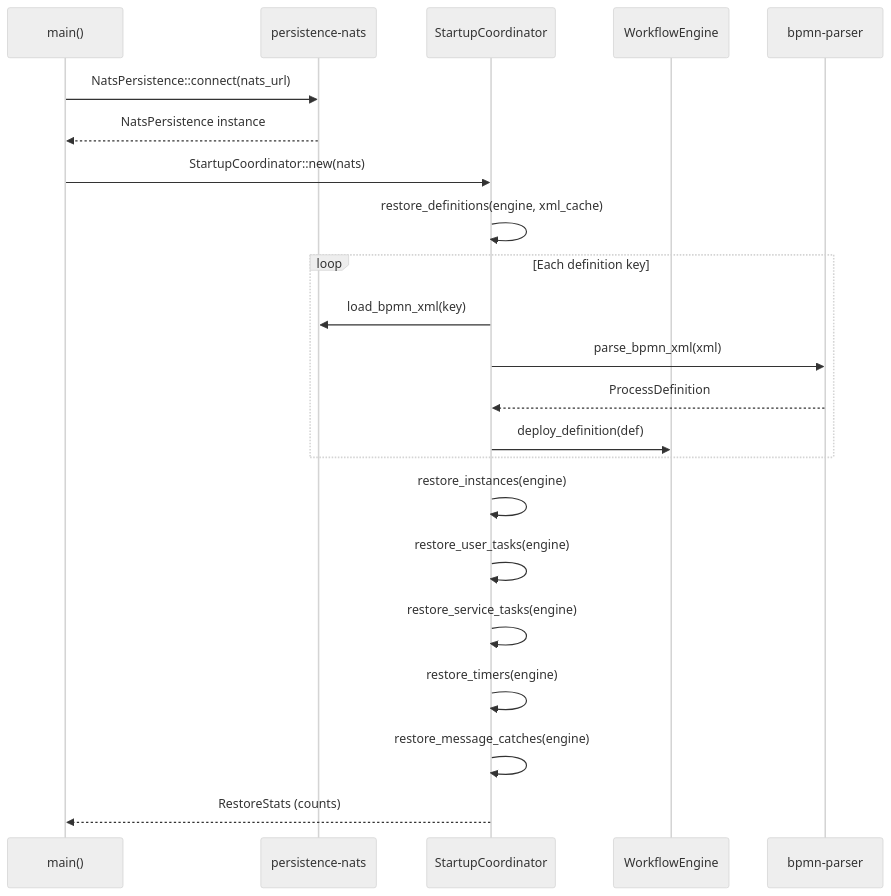
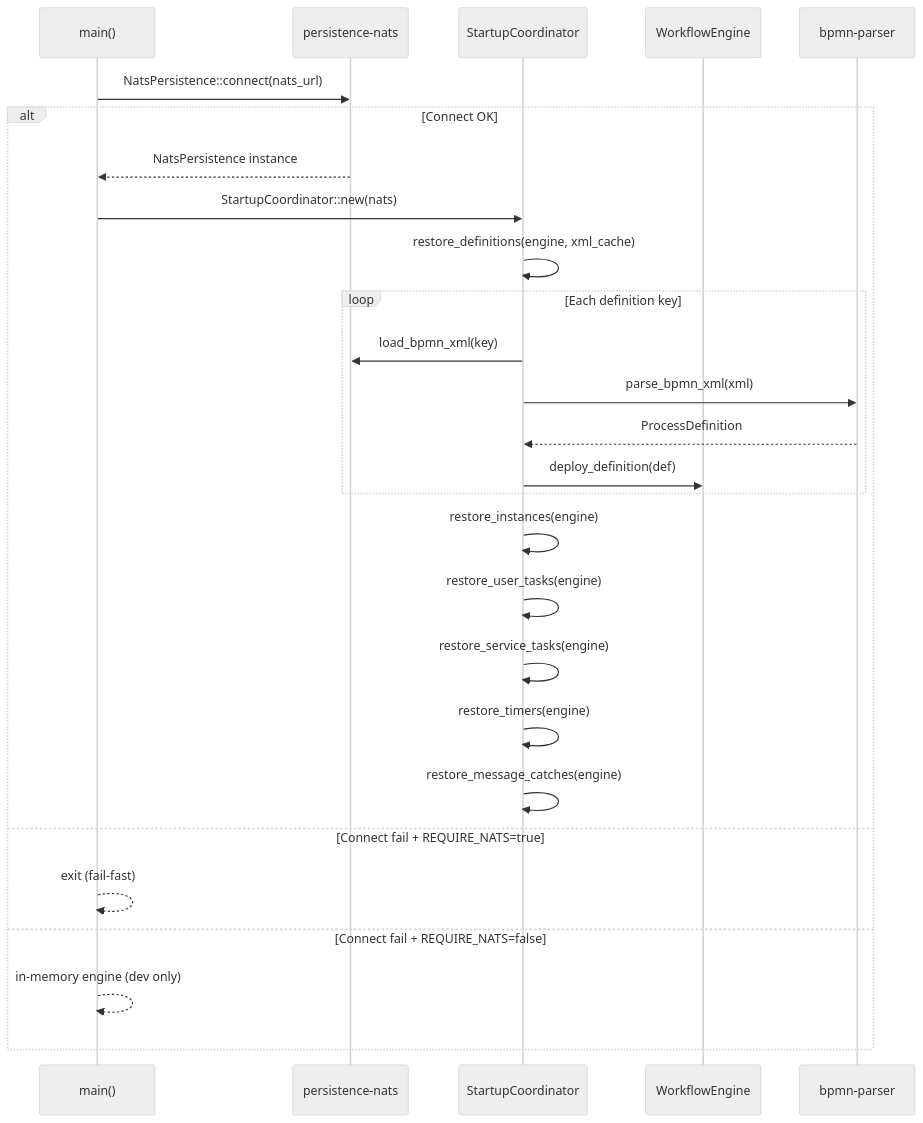
One commit to maatini/bpmninja changed the sixth of 7 diagrams in docs/knowledge-base/architecture/data-flows.md. Above: the diagram before and after it, drawn with Mermaid (neutral theme). The commit also changed other lines of this file and 25 other files, not shown here.

````diff
--- a/docs/knowledge-base/architecture/data-flows.md
+++ b/docs/knowledge-base/architecture/data-flows.md
@@ -137,25 +137,30 @@
 ```mermaid
 sequenceDiagram
     participant Main as main()
     participant NATS as persistence-nats
     participant SC as StartupCoordinator
     participant Engine as WorkflowEngine
     participant Parser as bpmn-parser
 
     Main->>NATS: NatsPersistence::connect(nats_url)
-    NATS-->>Main: NatsPersistence instance
-    Main->>SC: StartupCoordinator::new(nats)
-    SC->>SC: restore_definitions(engine, xml_cache)
-    loop Each definition key
-        SC->>NATS: load_bpmn_xml(key)
-        SC->>Parser: parse_bpmn_xml(xml)
-        Parser-->>SC: ProcessDefinition
-        SC->>Engine: deploy_definition(def)
+    alt Connect OK
+        NATS-->>Main: NatsPersistence instance
+        Main->>SC: StartupCoordinator::new(nats)
+        SC->>SC: restore_definitions(engine, xml_cache)
+        loop Each definition key
+            SC->>NATS: load_bpmn_xml(key)
+            SC->>Parser: parse_bpmn_xml(xml)
+            Parser-->>SC: ProcessDefinition
+            SC->>Engine: deploy_definition(def)
+        end
+        SC->>SC: restore_instances(engine)
+        SC->>SC: restore_user_tasks(engine)
+        SC->>SC: restore_service_tasks(engine)
+        SC->>SC: restore_timers(engine)
+        SC->>SC: restore_message_catches(engine)
+    else Connect fail + REQUIRE_NATS=true
+        Main-->>Main: exit (fail-fast)
+    else Connect fail + REQUIRE_NATS=false
+        Main-->>Main: in-memory engine (dev only)
     end
-    SC->>SC: restore_instances(engine)
-    SC->>SC: restore_user_tasks(engine)
-    SC->>SC: restore_service_tasks(engine)
-    SC->>SC: restore_timers(engine)
-    SC->>SC: restore_message_catches(engine)
-    SC-->>Main: RestoreStats (counts)
 ```
````
